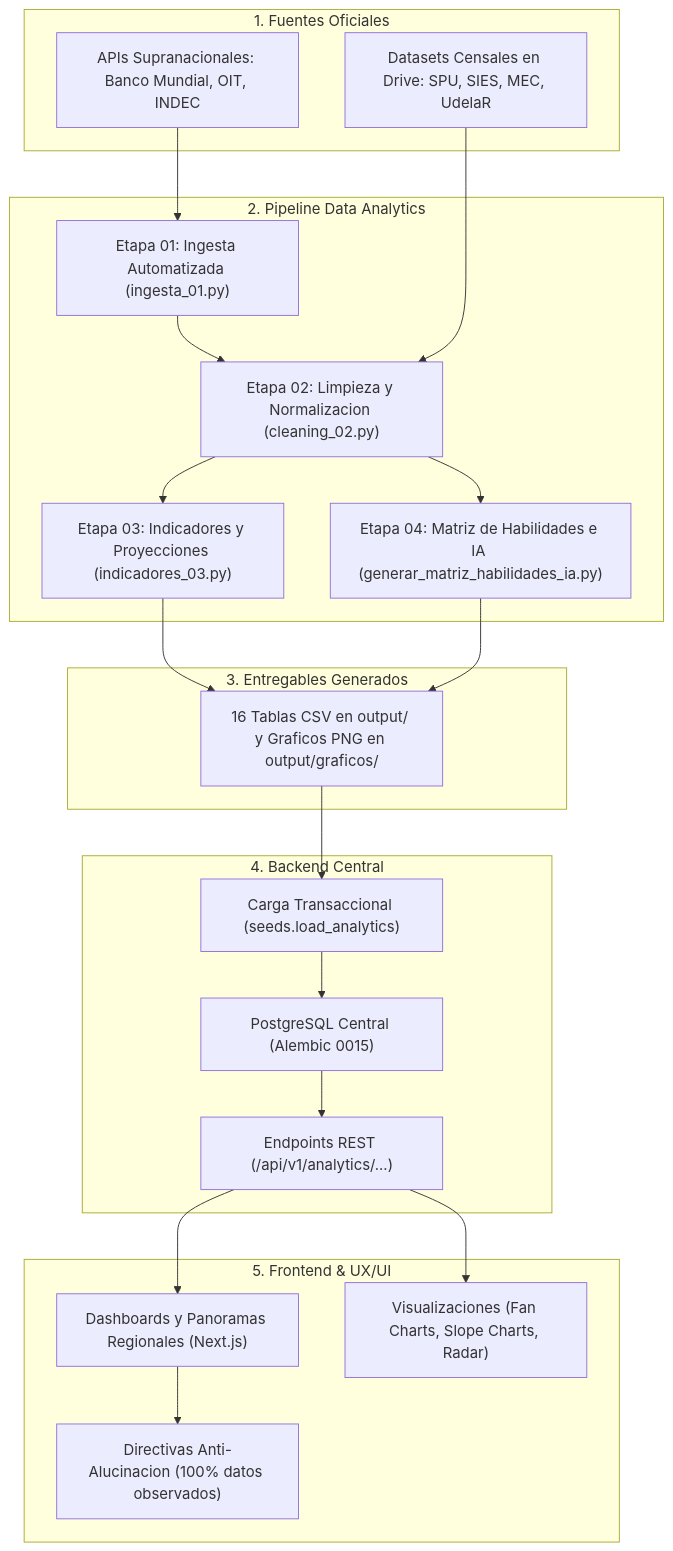
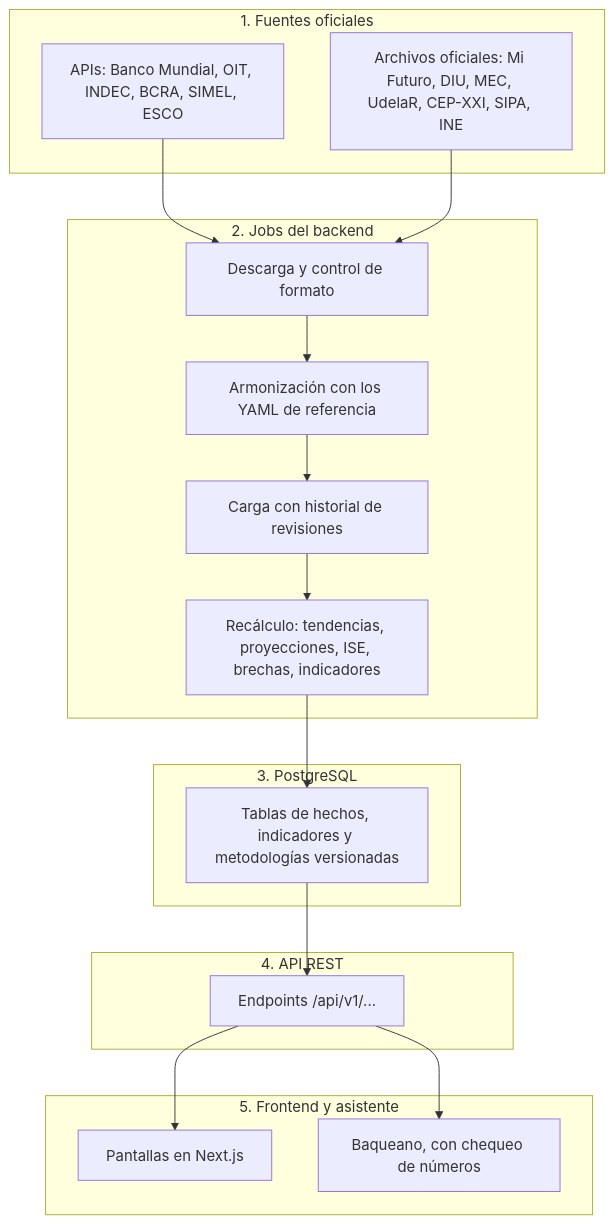
Before and after one commit to e19-innovalab/observa_tendencias: the diagram in data_analytics/README.md, drawn with Mermaid. The commit also changed other lines of this file, not shown here.

First line of the commit message:
data_analytics: README actualizado con lo que usa la aplicación

````diff
--- a/data_analytics/README.md
+++ b/data_analytics/README.md
@@ -52,44 +61,37 @@
 ```mermaid
 graph TD
-    subgraph S1["1. Fuentes Oficiales"]
-        F1["APIs Supranacionales: Banco Mundial, OIT, INDEC"]
-        F2["Datasets Censales en Drive: SPU, SIES, MEC, UdelaR"]
+    subgraph S1["1. Fuentes oficiales"]
+        F1["APIs: Banco Mundial, OIT, INDEC, BCRA, SIMEL, ESCO"]
+        F2["Archivos oficiales: Mi Futuro, DIU, MEC, UdelaR, CEP-XXI, SIPA, INE"]
     end
 
-    subgraph S2["2. Pipeline Data Analytics"]
-        P1["Etapa 01: Ingesta Automatizada (ingesta_01.py)"]
-        P2["Etapa 02: Limpieza y Normalizacion (cleaning_02.py)"]
-        P3["Etapa 03: Indicadores y Proyecciones (indicadores_03.py)"]
-        P4["Etapa 04: Matriz de Habilidades e IA (generar_matriz_habilidades_ia.py)"]
+    subgraph S2["2. Jobs del backend"]
+        P1["Descarga y control de formato"]
+        P2["Armonización con los YAML de referencia"]
+        P3["Carga con historial de revisiones"]
+        P4["Recálculo: tendencias, proyecciones, ISE, brechas, indicadores"]
         P1 --> P2
         P2 --> P3
-        P2 --> P4
+        P3 --> P4
     end
 
-    subgraph S3["3. Entregables Generados"]
-        OUT["16 Tablas CSV en output/ y Graficos PNG en output/graficos/"]
-        P3 --> OUT
-        P4 --> OUT
+    subgraph S3["3. PostgreSQL"]
+        DB["Tablas de hechos, indicadores y metodologías versionadas"]
+        P4 --> DB
     end
 
-    subgraph S4["4. Backend Central"]
-        BK1["Carga Transaccional (seeds.load_analytics)"]
-        BK2["PostgreSQL Central (Alembic 0015)"]
-        BK3["Endpoints REST (/api/v1/analytics/...)"]
-        OUT --> BK1
-        BK1 --> BK2
-        BK2 --> BK3
+    subgraph S4["4. API REST"]
+        API["Endpoints /api/v1/..."]
+        DB --> API
     end
 
-    subgraph S5["5. Frontend & UX/UI"]
-        UI1["Dashboards y Panoramas Regionales (Next.js)"]
-        UI2["Visualizaciones (Fan Charts, Slope Charts, Radar)"]
-        UI3["Directivas Anti-Alucinacion (100% datos observados)"]
-        BK3 --> UI1
-        BK3 --> UI2
-        UI1 --> UI3
+    subgraph S5["5. Frontend y asistente"]
+        UI1["Pantallas en Next.js"]
+        UI2["Baqueano, con chequeo de números"]
+        API --> UI1
+        API --> UI2
     end
 
     F1 --> P1
-    F2 --> P2
+    F2 --> P1
 ```
````
